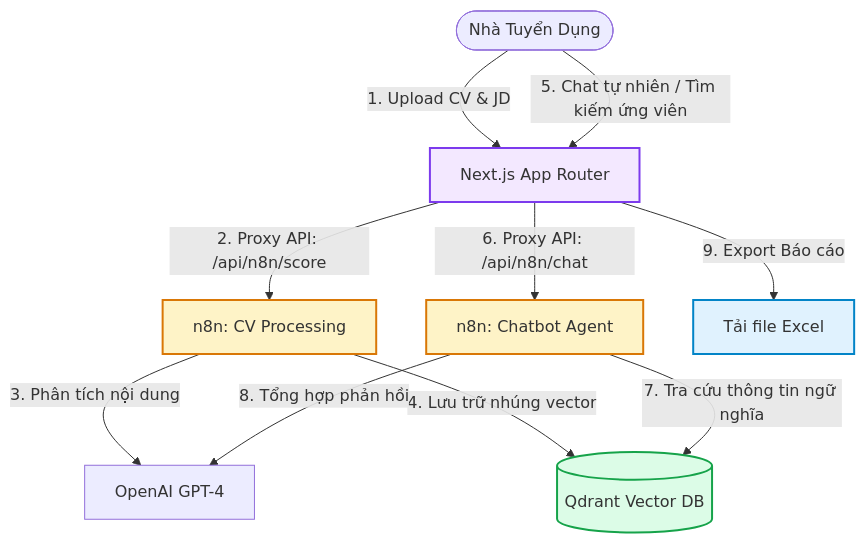
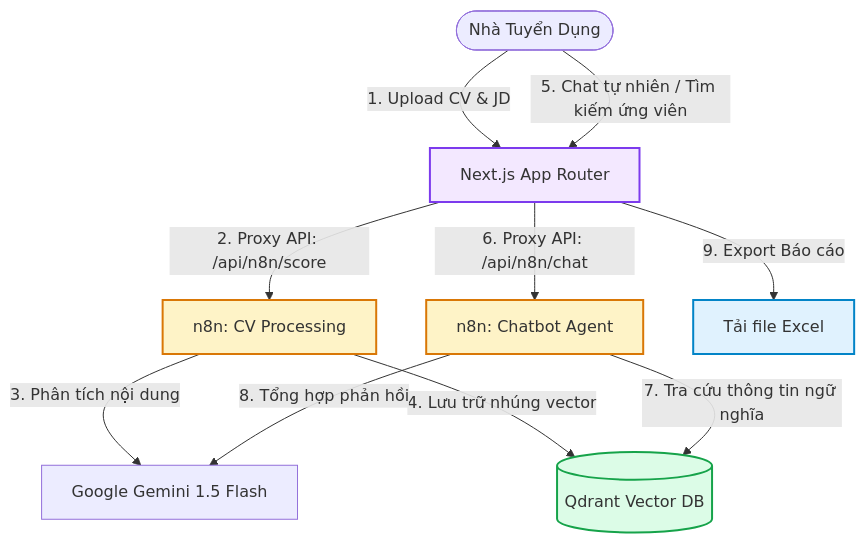
One commit to IamToef/CV-scanning changed the diagram in README.md. Above: the diagram before and after it, drawn with Mermaid. The commit also changed other lines of this file and 3 other files, not shown here.

````diff
--- a/README.md
+++ b/README.md
@@ -27,19 +27,19 @@
 ```mermaid
 graph TD
     classDef client fill:#e0f2fe,stroke:#0284c7,stroke-width:2px;
     classDef nextjs fill:#f3e8ff,stroke:#7c3aed,stroke-width:2px;
     classDef n8n fill:#fef3c7,stroke:#d97706,stroke-width:2px;
     classDef db fill:#dcfce7,stroke:#16a34a,stroke-width:2px;
 
     User([Nhà Tuyển Dụng]) -->|1. Upload CV & JD| App[Next.js App Router]:::nextjs
     App -->|2. Proxy API: /api/n8n/score| N8N_Score[n8n: CV Processing]:::n8n
-    N8N_Score -->|3. Phân tích nội dung| LLM[OpenAI GPT-4]
+    N8N_Score -->|3. Phân tích nội dung| LLM[Google Gemini 1.5 Flash]
     N8N_Score -->|4. Lưu trữ nhúng vector| Qdrant[(Qdrant Vector DB)]:::db
     
     User -->|5. Chat tự nhiên / Tìm kiếm ứng viên| App
     App -->|6. Proxy API: /api/n8n/chat| N8N_Chat[n8n: Chatbot Agent]:::n8n
     N8N_Chat -->|7. Tra cứu thông tin ngữ nghĩa| Qdrant
-    N8N_Chat -->|8. Tổng hợp phản hồi| LLM
+    N8N_Chat -->|8. Tổng hợp phản hồi| LLM[Google Gemini 1.5 Flash]
     
     App -->|9. Export Báo cáo| Excel[Tải file Excel]:::client
 ```
````
